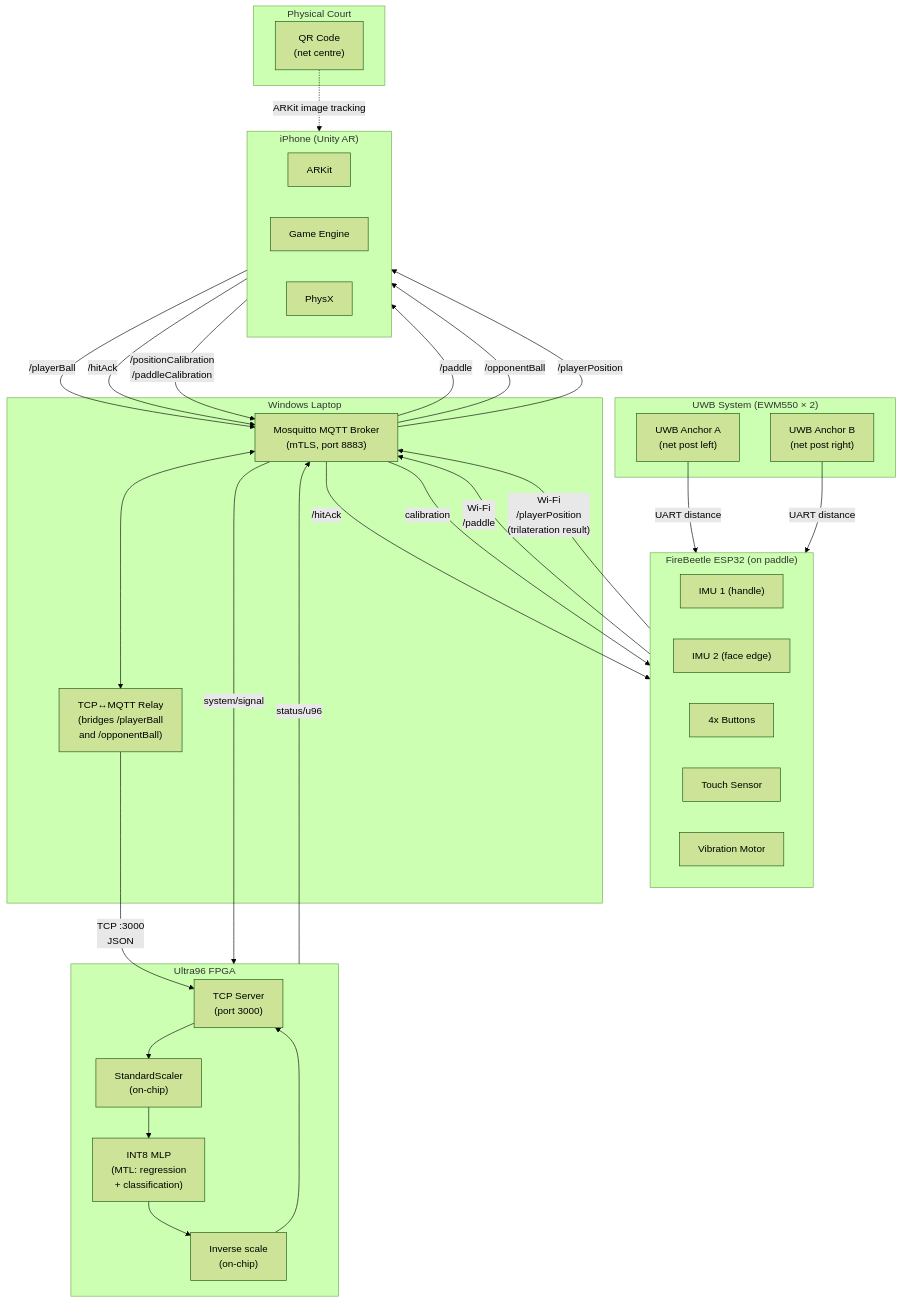
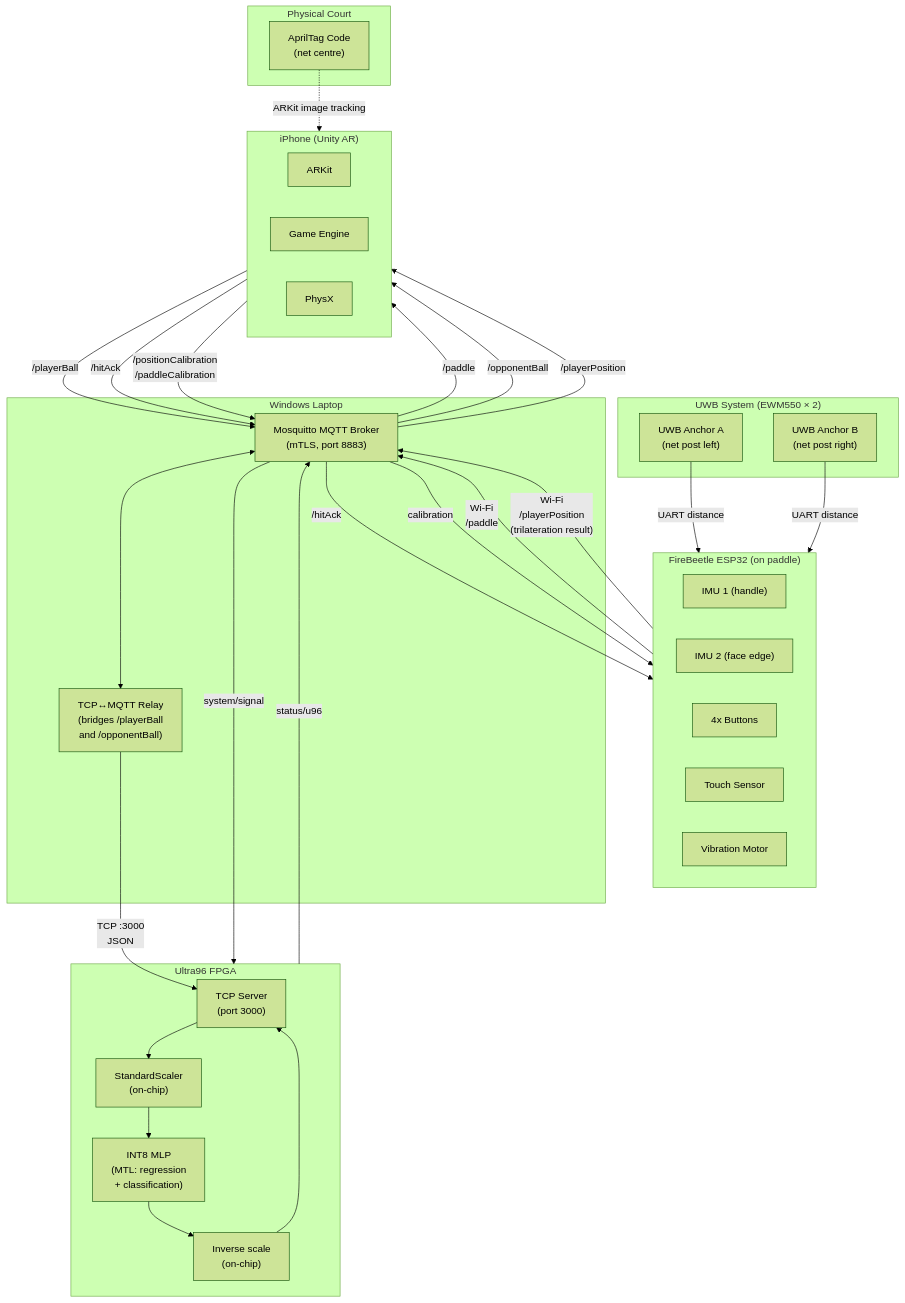
The ninth of 11 diagrams in Docs/UML_Diagrams.md (CG4002-AY2526S2-B03/Capstone_AR_Pickleball_Gameplay), drawn with Mermaid (forest theme) before and after one commit. The commit also changed other lines of this file and 16 other files, not shown here.

First line of the commit message:
Rename QR references to AprilTag across project

````diff
--- a/Docs/UML_Diagrams.md
+++ b/Docs/UML_Diagrams.md
@@ -482,59 +482,59 @@
 ```mermaid
 flowchart TB
     subgraph ESP32["FireBeetle ESP32 (on paddle)"]
         IMU1["IMU 1 (handle)"]
         IMU2["IMU 2 (face edge)"]
         BUTTONS["4x Buttons"]
         TOUCH["Touch Sensor"]
         MOTOR["Vibration Motor"]
     end
 
     subgraph UWB["UWB System (EWM550 × 2)"]
         ANCHOR_A["UWB Anchor A\n(net post left)"]
         ANCHOR_B["UWB Anchor B\n(net post right)"]
     end
 
     subgraph Laptop["Windows Laptop"]
         MOSQUITTO["Mosquitto MQTT Broker\n(mTLS, port 8883)"]
         RELAY["TCP↔MQTT Relay\n(bridges /playerBall\nand /opponentBall)"]
         MOSQUITTO <--> RELAY
     end
 
     subgraph Ultra96["Ultra96 FPGA"]
         TCP_SRV["TCP Server\n(port 3000)"]
         SCALER["StandardScaler\n(on-chip)"]
         NN["INT8 MLP\n(MTL: regression\n+ classification)"]
         INVSCALE["Inverse scale\n(on-chip)"]
         TCP_SRV --> SCALER --> NN --> INVSCALE --> TCP_SRV
     end
 
     subgraph iPhone["iPhone (Unity AR)"]
         ARKit["ARKit"]
         GAME["Game Engine"]
         PHYSICS["PhysX"]
     end
 
     subgraph Court["Physical Court"]
-        QR["QR Code\n(net centre)"]
+        AprilTag["AprilTag Code\n(net centre)"]
     end
 
     ESP32 -->|"Wi-Fi\n/paddle"| MOSQUITTO
     MOSQUITTO -->|"/paddle"| iPhone
     iPhone -->|"/playerBall"| MOSQUITTO
     RELAY -->|"TCP :3000\nJSON"| TCP_SRV
     MOSQUITTO -->|"/opponentBall"| iPhone
     iPhone -->|"/hitAck"| MOSQUITTO
     MOSQUITTO -->|"/hitAck"| ESP32
     iPhone -->|"/positionCalibration\n/paddleCalibration"| MOSQUITTO
     MOSQUITTO -->|"calibration"| ESP32
 
     ANCHOR_A -->|"UART distance"| ESP32
     ANCHOR_B -->|"UART distance"| ESP32
     ESP32 -->|"Wi-Fi\n/playerPosition\n(trilateration result)"| MOSQUITTO
     MOSQUITTO -->|"/playerPosition"| iPhone
 
-    QR -.->|"ARKit image tracking"| iPhone
+    AprilTag -.->|"ARKit image tracking"| iPhone
 
     Ultra96 -->|"status/u96"| MOSQUITTO
     MOSQUITTO -->|"system/signal"| Ultra96
 ```
````
